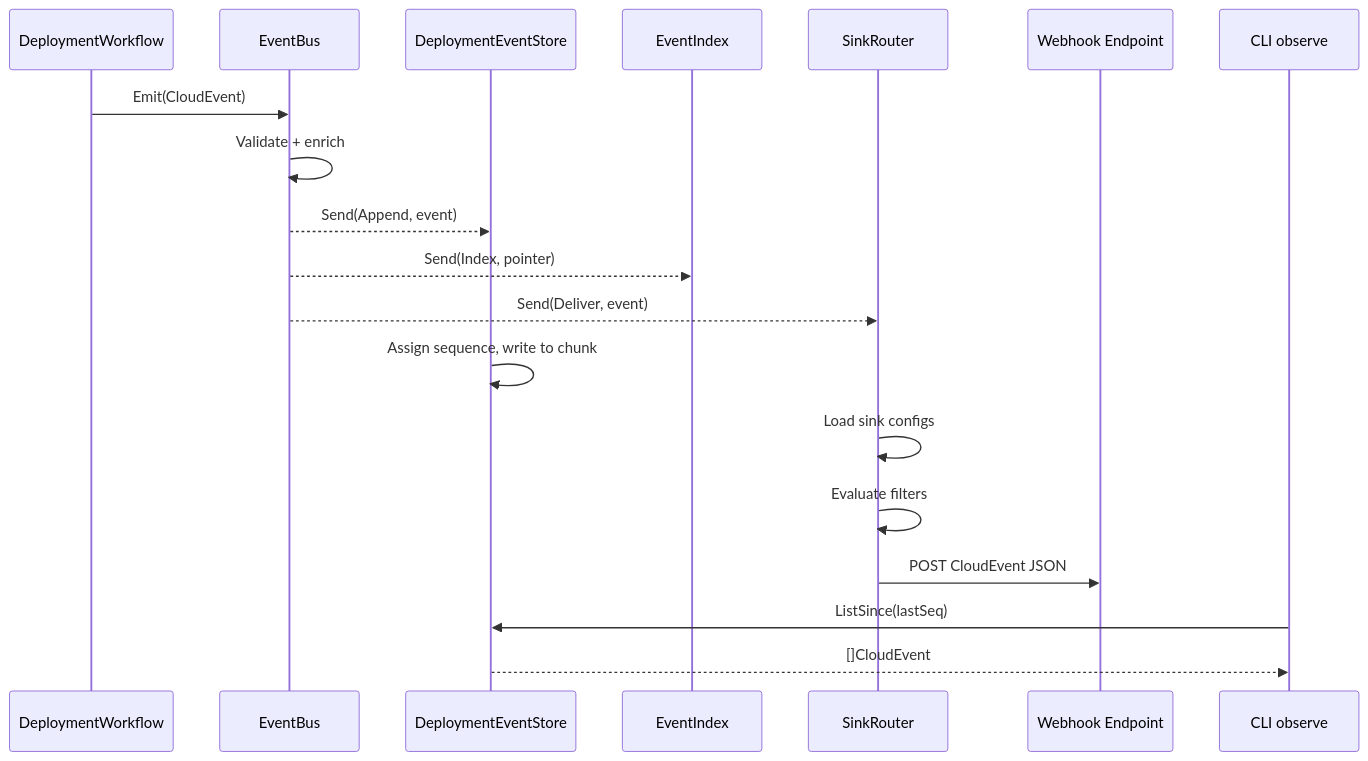
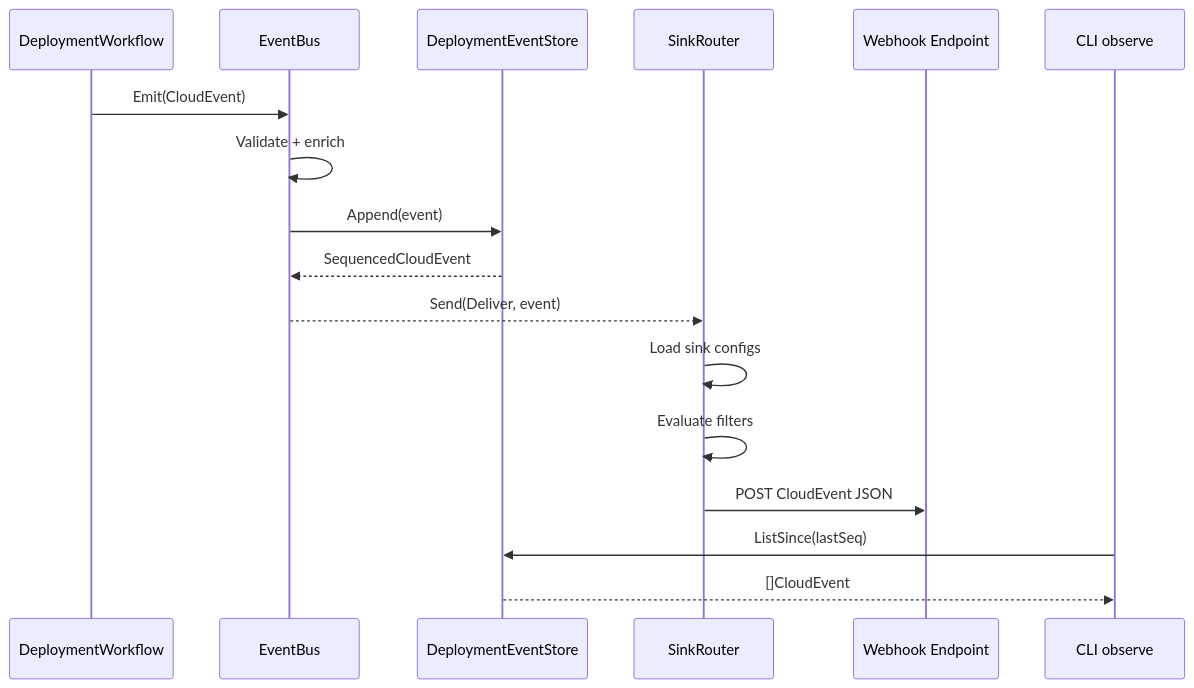
The third of 3 diagrams in docs/EVENTS.md (shirvan/praxis), drawn with Mermaid before and after one commit. The commit also changed other lines of this file and 7 other files, not shown here.

First line of the commit message:
docs: sweep all documentation for the new architecture

````diff
--- a/docs/EVENTS.md
+++ b/docs/EVENTS.md
@@ -802,25 +705,22 @@
 ```mermaid
 sequenceDiagram
     participant W as DeploymentWorkflow
     participant EB as EventBus
     participant ES as DeploymentEventStore
-    participant EI as EventIndex
     participant SR as SinkRouter
     participant WH as Webhook Endpoint
     participant CLI as CLI observe
 
     W->>EB: Emit(CloudEvent)
     EB->>EB: Validate + enrich
-    EB-->>ES: Send(Append, event)
-    EB-->>EI: Send(Index, pointer)
+    EB->>ES: Append(event)
+    ES-->>EB: SequencedCloudEvent
     EB-->>SR: Send(Deliver, event)
-
-    ES->>ES: Assign sequence, write to chunk
 
     SR->>SR: Load sink configs
     SR->>SR: Evaluate filters
     SR->>WH: POST CloudEvent JSON
 
     CLI->>ES: ListSince(lastSeq)
     ES-->>CLI: []CloudEvent
 ```
````
